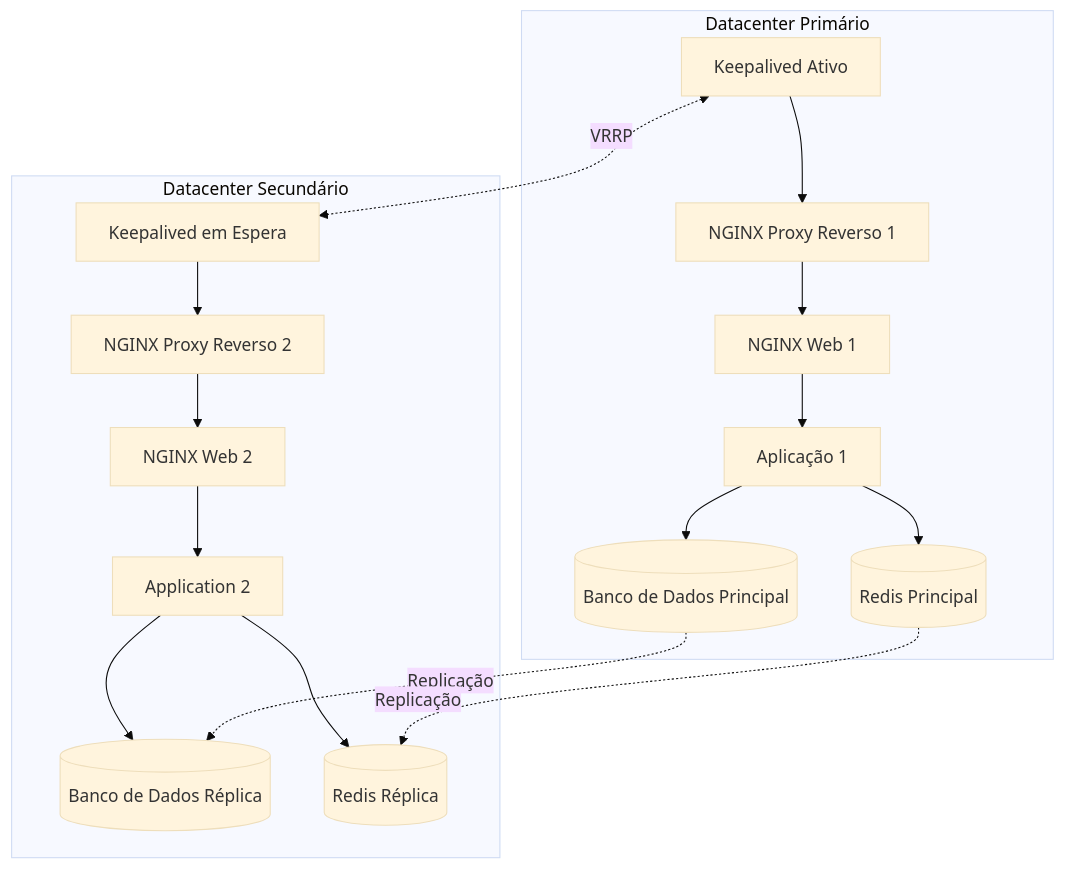
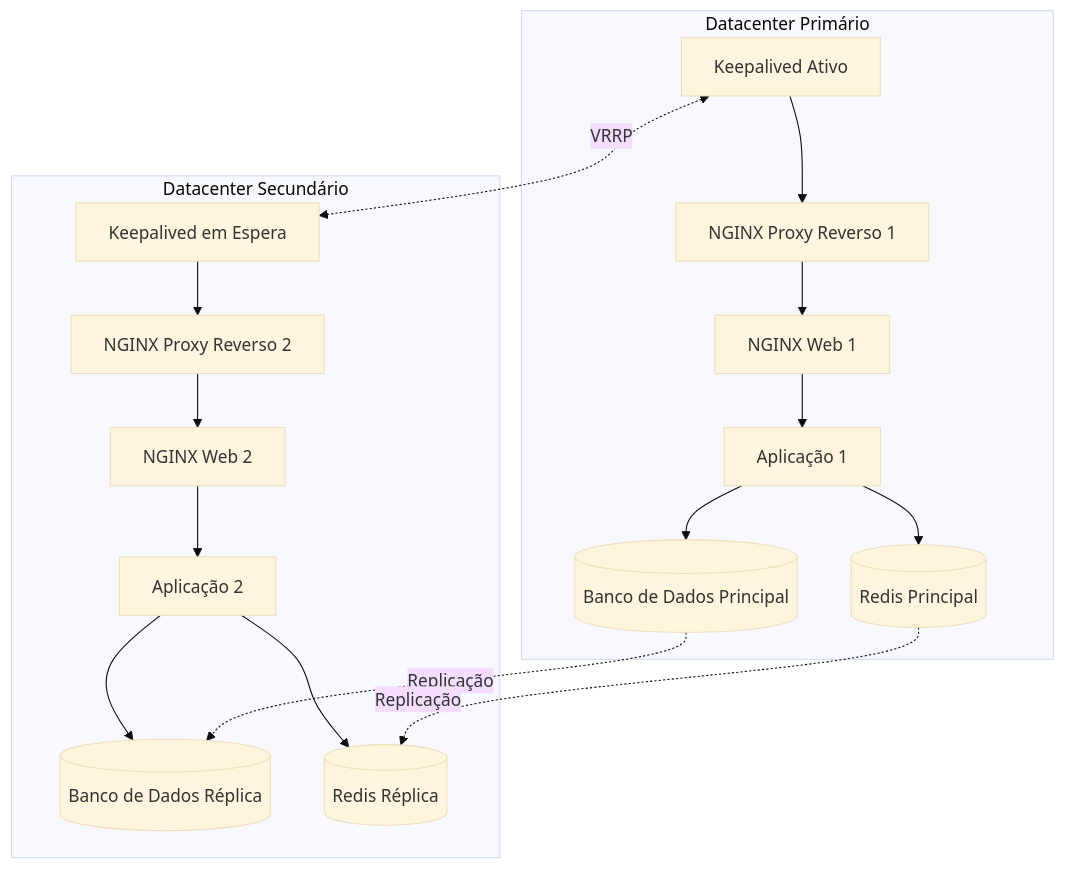
Before and after one commit to LibreCodeCoop/nextcloud-ha: the diagram in assets/arq01.md, drawn with Mermaid (base theme).

````diff
--- a/assets/arq01.md
+++ b/assets/arq01.md
@@ -1,23 +1,23 @@
 ```mermaid
 flowchart TB
     subgraph DC1[Datacenter Primário]
         LB1[Keepalived Ativo] --> NGINX_PROXY1[NGINX Proxy Reverso 1]
         NGINX_PROXY1 --> NGINX_WEB1[NGINX Web 1]
         NGINX_WEB1 --> APP1[Aplicação 1]
         APP1 --> DB1[(Banco de Dados Principal)]
         APP1 --> REDIS1[(Redis Principal)]
     end
 
     subgraph DC2[Datacenter Secundário]
         LB2[Keepalived em Espera] --> NGINX_PROXY2[NGINX Proxy Reverso 2]
         NGINX_PROXY2 --> NGINX_WEB2[NGINX Web 2]
-        NGINX_WEB2 --> APP2[Application 2]
+        NGINX_WEB2 --> APP2[Aplicação 2]
         APP2 --> DB2[(Banco de Dados Réplica)]
         APP2 --> REDIS2[(Redis Réplica)]
     end
 
     DB1 -.->|Replicação| DB2
     REDIS1 -.->|Replicação| REDIS2
     LB1 <-.->|VRRP| LB2
 
 ```
````
